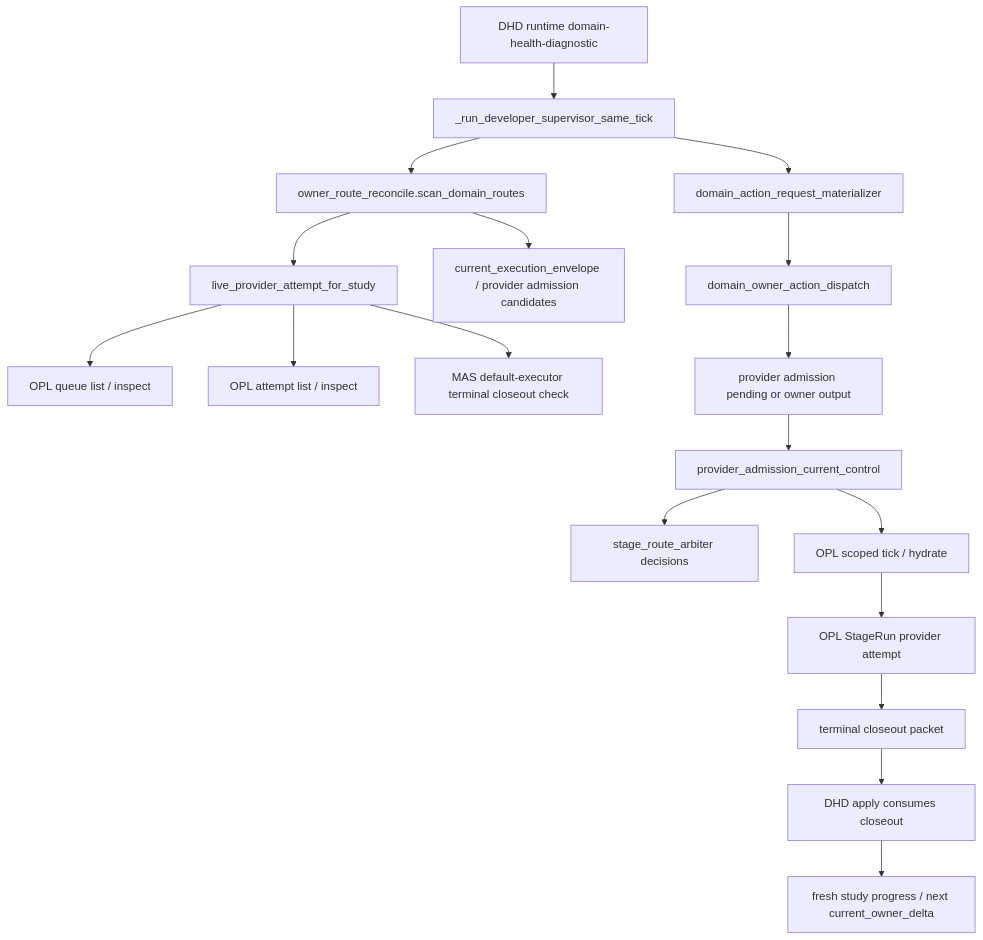
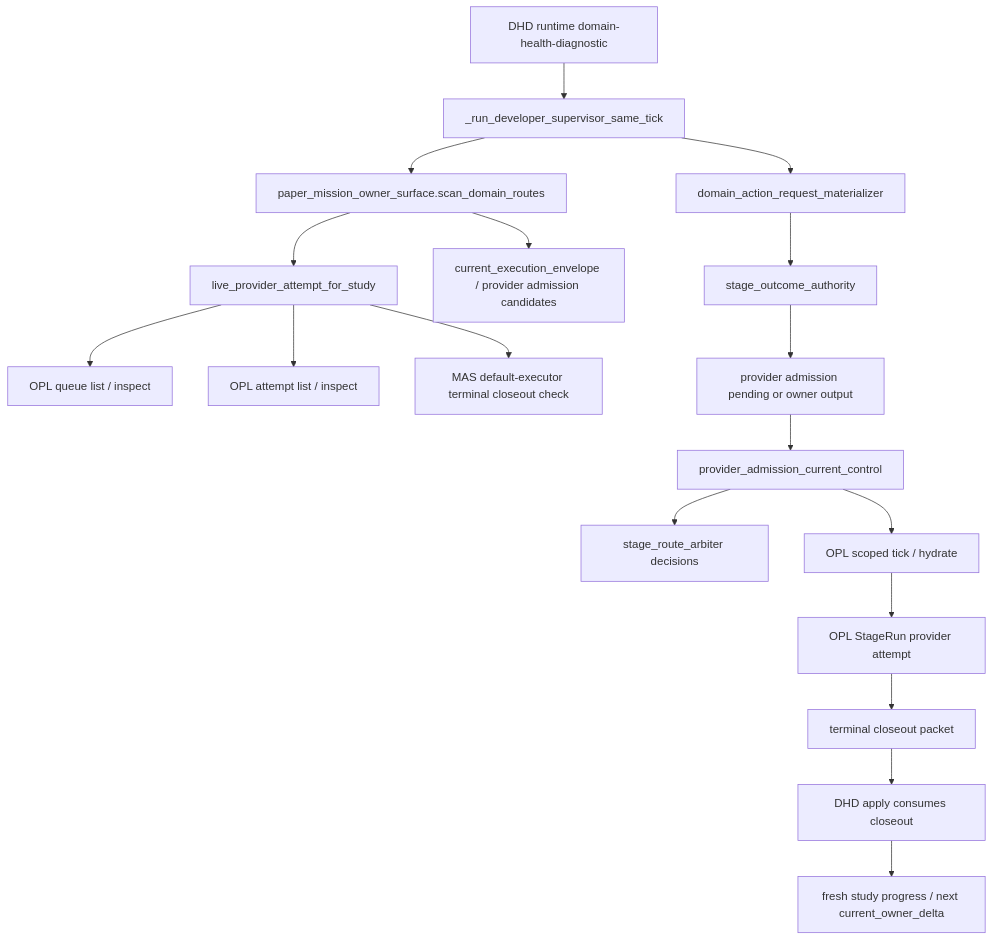
Before and after one commit to gaofeng21cn/med-autoscience: the first of 2 diagrams in docs/runtime/designs/stage_route_reconcile_target.md, drawn with Mermaid. The commit also changed 491 other files, not shown here.

Commit message:
Retire MAS owner route default executor surface

````diff
--- a/docs/runtime/designs/stage_route_reconcile_target.md
+++ b/docs/runtime/designs/stage_route_reconcile_target.md
@@ -21,20 +21,20 @@
 ```mermaid
 flowchart TD
   A["DHD runtime domain-health-diagnostic"] --> B["_run_developer_supervisor_same_tick"]
-  B --> C["owner_route_reconcile.scan_domain_routes"]
+  B --> C["paper_mission_owner_surface.scan_domain_routes"]
   C --> D["live_provider_attempt_for_study"]
   D --> D1["OPL queue list / inspect"]
   D --> D2["OPL attempt list / inspect"]
   D --> D3["MAS default-executor terminal closeout check"]
   C --> E["current_execution_envelope / provider admission candidates"]
   B --> F["domain_action_request_materializer"]
-  F --> G["domain_owner_action_dispatch"]
+  F --> G["stage_outcome_authority"]
   G --> H["provider admission pending or owner output"]
   H --> I["provider_admission_current_control"]
   I --> I2["stage_route_arbiter decisions"]
   I --> J["OPL scoped tick / hydrate"]
   J --> K["OPL StageRun provider attempt"]
   K --> L["terminal closeout packet"]
   L --> M["DHD apply consumes closeout"]
   M --> N["fresh study progress / next current_owner_delta"]
 ```
````
